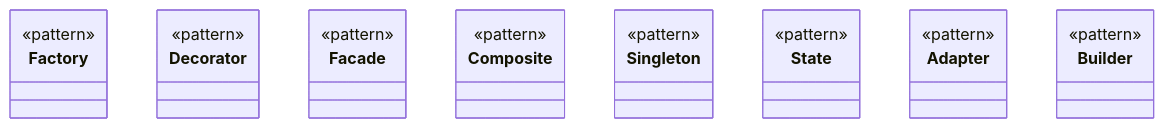
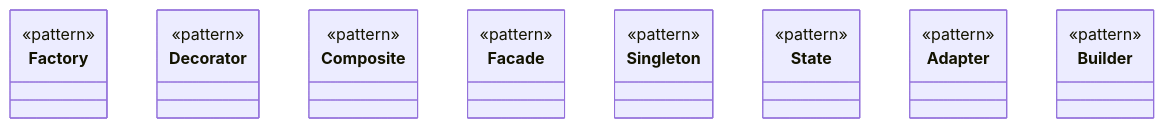
Before and after one commit to AhmadHassan-BTed/OpenHeart: the diagram in web/diagrams/profile.mmd, drawn with Mermaid. The commit also changed other lines of this file and 41 other files, not shown here.

Commit message:
feat: implement multi-diagram JSON export support, enable dark theme for code editor, and update diagram metadata structures

```diff
--- a/web/diagrams/profile.mmd
+++ b/web/diagrams/profile.mmd
@@ -1,25 +1,25 @@
 classDiagram
     class Factory {
         <<pattern>>
     }
     class Decorator {
         <<pattern>>
     }
-    class Facade {
+    class Composite {
         <<pattern>>
     }
-    class Composite {
+    class Facade {
         <<pattern>>
     }
     class Singleton {
         <<pattern>>
     }
     class State {
         <<pattern>>
     }
     class Adapter {
         <<pattern>>
     }
     class Builder {
         <<pattern>>
     }
```
